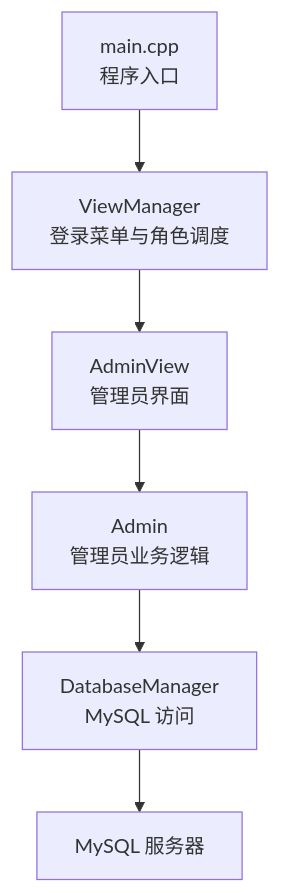
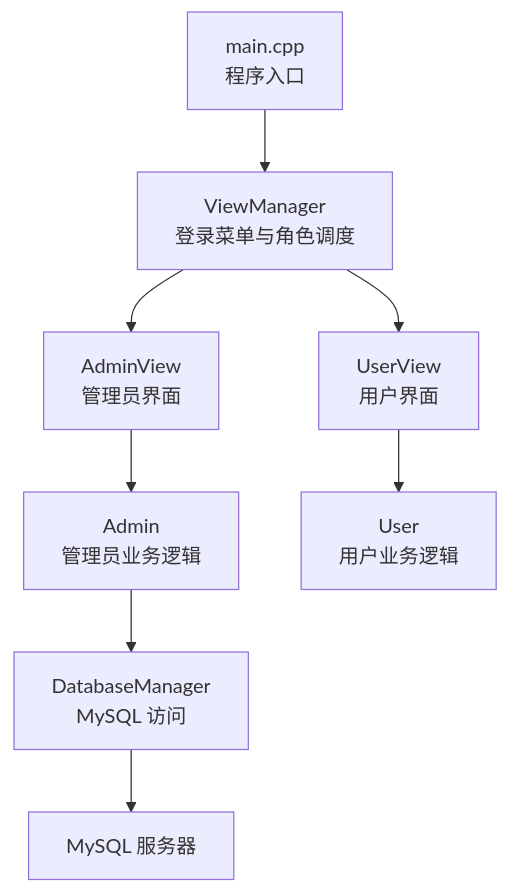
One commit to jinpeng900/OJ-Test changed the first of 6 diagrams in .qoder/repowiki/zh/content/核心功能模块/管理员功能模块.md. Above: the diagram before and after it, drawn with Mermaid. The commit also changed other lines of this file and 44 other files, not shown here.

````diff
--- a/.qoder/repowiki/zh/content/核心功能模块/管理员功能模块.md
+++ b/.qoder/repowiki/zh/content/核心功能模块/管理员功能模块.md
@@ -43,8 +46,10 @@
 ```mermaid
 graph TB
 Main["main.cpp<br/>程序入口"] --> VM["ViewManager<br/>登录菜单与角色调度"]
 VM --> AV["AdminView<br/>管理员界面"]
+VM --> UV["UserView<br/>用户界面"]
 AV --> ADM["Admin<br/>管理员业务逻辑"]
 ADM --> DBM["DatabaseManager<br/>MySQL 访问"]
+UV --> U["User<br/>用户业务逻辑"]
 DBM --> MySQL["MySQL 服务器"]
 ```
````
